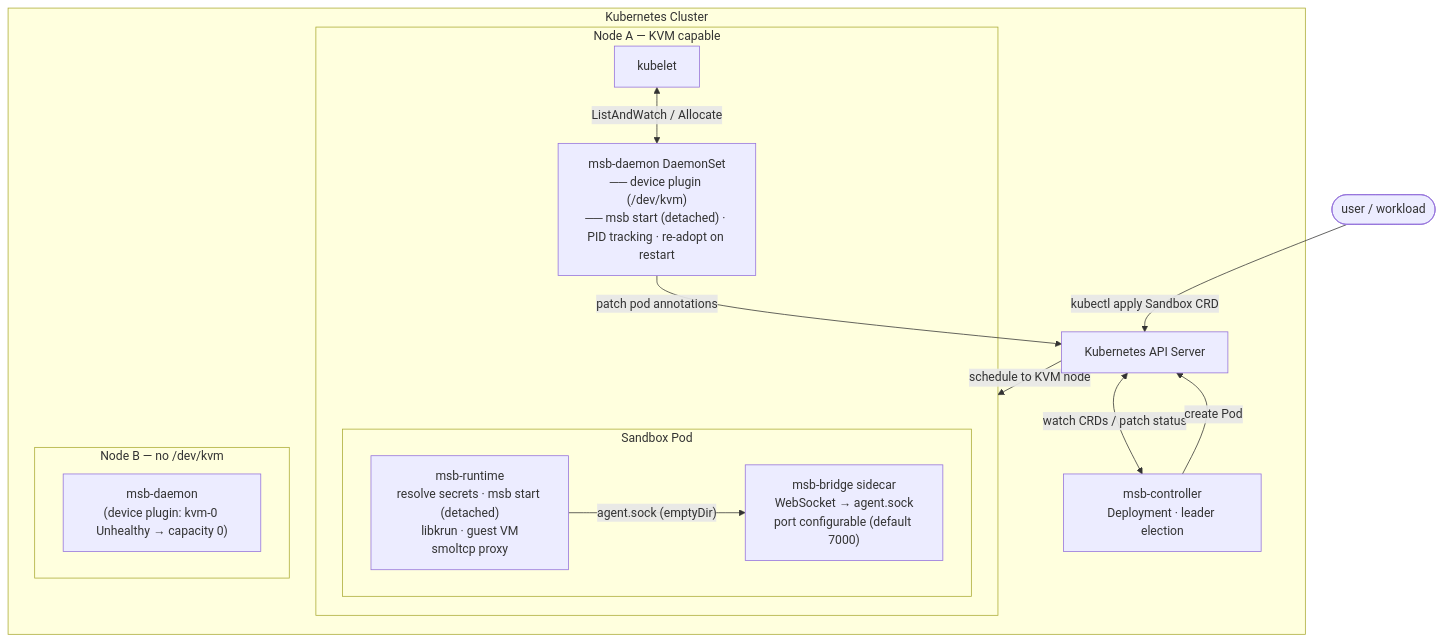
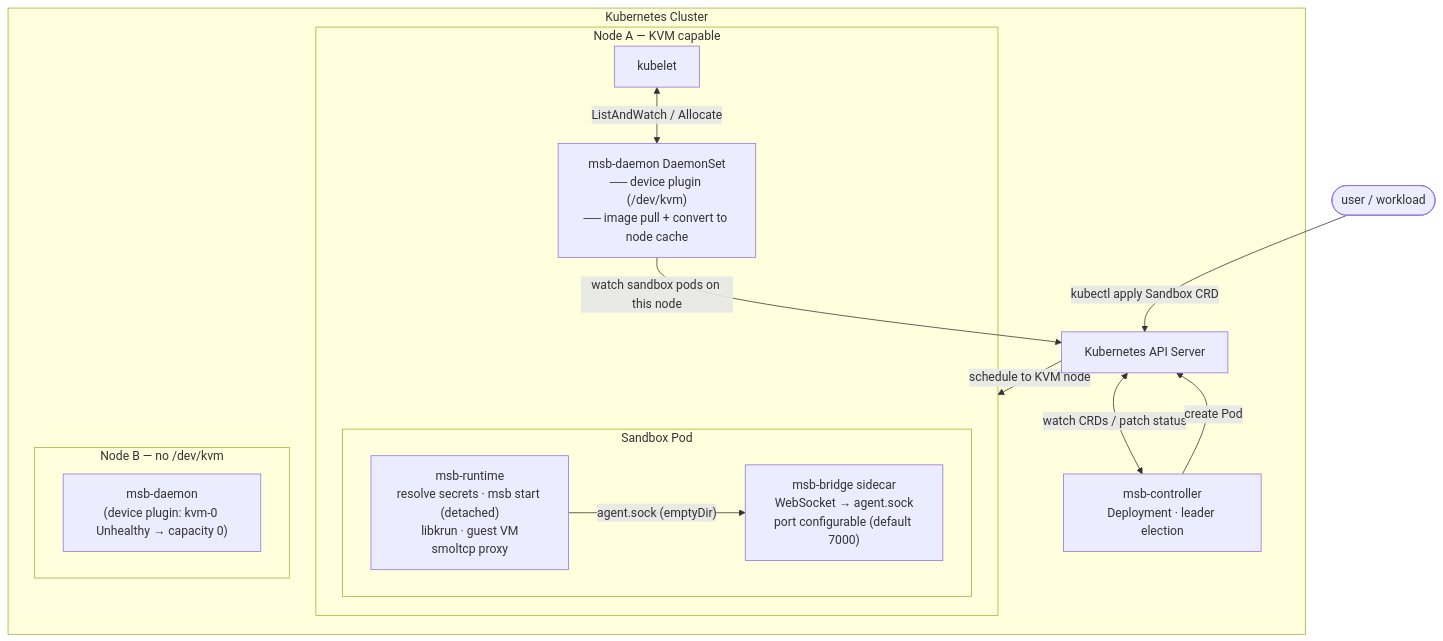
The first of 11 diagrams in docs/operator-design.md (TheRealSibasishBehera/msb-operator), drawn with Mermaid before and after one commit. The commit also changed other lines of this file, not shown here.

First line of the commit message:
docs: correct the daemon role and exit detection

````diff
--- a/docs/operator-design.md
+++ b/docs/operator-design.md
@@ -115,32 +115,32 @@
 ```mermaid
 graph TB
     subgraph cluster["Kubernetes Cluster"]
         api["Kubernetes API Server"]
         ctrl["msb-controller<br/>Deployment · leader election"]
 
         subgraph nodeA["Node A — KVM capable"]
-            daemon["msb-daemon DaemonSet<br/>── device plugin (/dev/kvm)<br/>── msb start (detached) · PID tracking · re-adopt on restart"]
+            daemon["msb-daemon DaemonSet<br/>── device plugin (/dev/kvm)<br/>── image pull + convert to node cache"]
             kubelet["kubelet"]
 
             subgraph pod["Sandbox Pod"]
                 runtime["msb-runtime<br/>resolve secrets · msb start (detached)<br/>libkrun · guest VM<br/>smoltcp proxy"]
                 bridge["msb-bridge sidecar<br/>WebSocket → agent.sock<br/>port configurable (default 7000)"]
             end
 
         end
 
         subgraph nodeB["Node B — no /dev/kvm"]
             daemonB["msb-daemon<br/>(device plugin: kvm-0 Unhealthy → capacity 0)"]
         end
     end
 
     user(["user / workload"])
 
     user -->|"kubectl apply Sandbox CRD"| api
     api <-->|"watch CRDs / patch status"| ctrl
     ctrl -->|"create Pod"| api
     api -->|"schedule to KVM node"| nodeA
-    daemon -->|"patch pod annotations"| api
+    daemon -->|"watch sandbox pods on this node"| api
     kubelet <-->|"ListAndWatch / Allocate"| daemon
     runtime -->|"agent.sock (emptyDir)"| bridge
 ```
````
